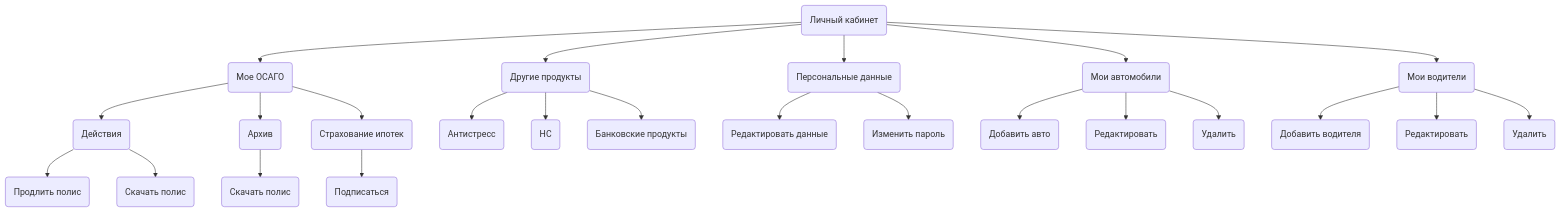
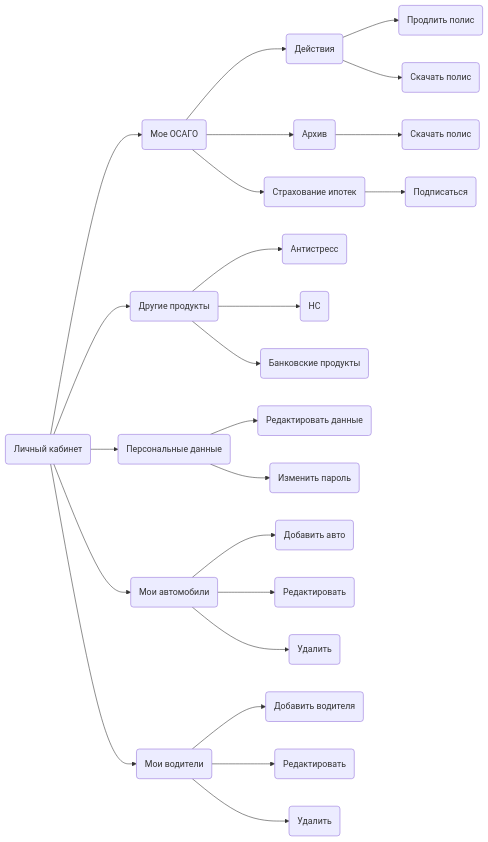
One commit to SantaRiver/zaceni-obsidian changed the second of 2 diagrams in content/Use Case 3. Профиль пользователя.md. Above: the diagram before and after it, drawn with Mermaid. The commit also changed other lines of this file and 2 other files, not shown here.

````diff
--- a/content/Use Case 3. Профиль пользователя.md
+++ b/content/Use Case 3. Профиль пользователя.md
@@ -177,36 +177,36 @@
 ```mermaid
-flowchart TD
+flowchart LR
     A(Личный кабинет)
     A --> B(Мое ОСАГО)
     A --> C(Другие продукты)
     A --> D(Персональные данные)
     A --> E(Мои автомобили)
     A --> F(Мои водители)
 
     B --> B1(Действия)
     B --> B2(Архив)
     B --> B3(Страхование ипотек)
 
     B1 --> B1a(Продлить полис)
     B1 --> B1b(Скачать полис)
 
     B2 --> B2a(Скачать полис)
 
     B3 --> B3a(Подписаться)
 
     C --> C1(Антистресс)
     C --> C2(НС)
     C --> C3(Банковские продукты)
 
     D --> D1(Редактировать данные)
     D --> D2(Изменить пароль)
 
     E --> E1(Добавить авто)
     E --> E2(Редактировать)
     E --> E3(Удалить)
 
     F --> F1(Добавить водителя)
     F --> F2(Редактировать)
     F --> F3(Удалить)
     
 ```
````
